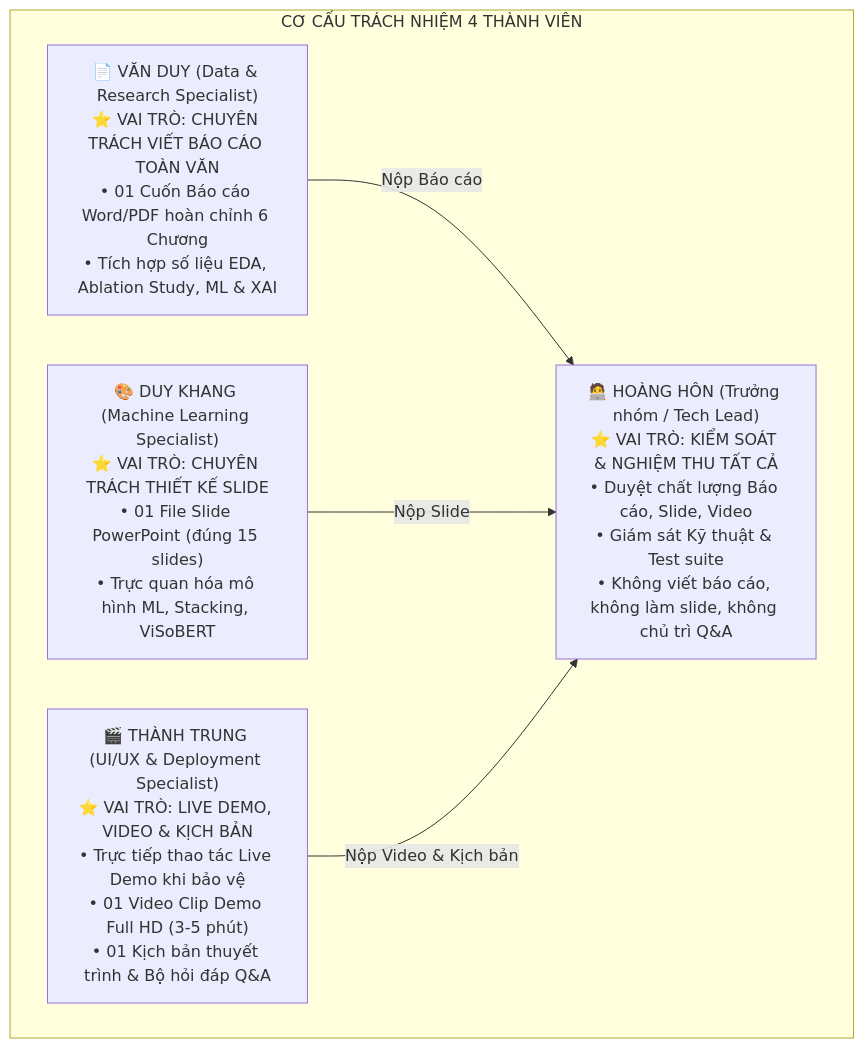
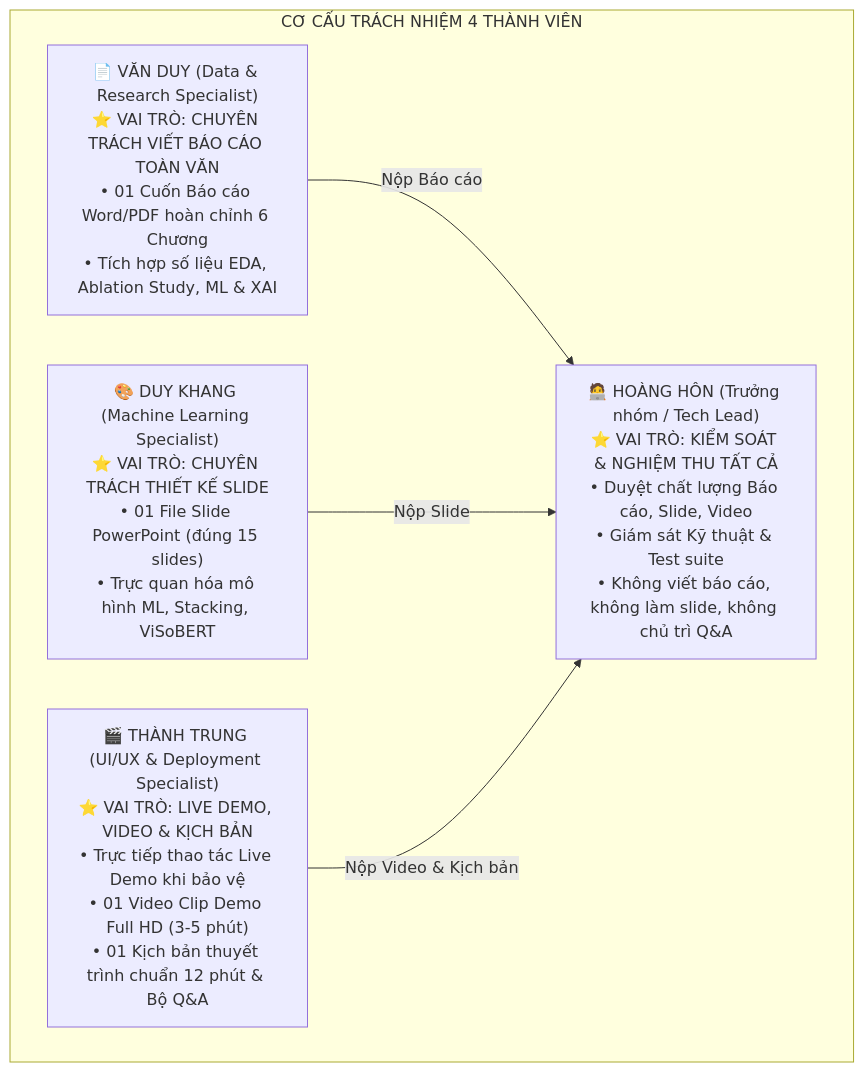
The diagram in reports/ke_hoach_hoan_thien_do_an.md (mrkiss-it/NLP-Sentiment-Analysis-ITviec), drawn with Mermaid before and after one commit. The commit also changed other lines of this file, not shown here.

````diff
--- a/reports/ke_hoach_hoan_thien_do_an.md
+++ b/reports/ke_hoach_hoan_thien_do_an.md
@@ -12,16 +12,16 @@
 ```mermaid
 flowchart TD
     subgraph TEAM ["CƠ CẤU TRÁCH NHIỆM 4 THÀNH VIÊN"]
         TV1["🧑‍💻 HOÀNG HÔN (Trưởng nhóm / Tech Lead)<br>⭐ VAI TRÒ: KIỂM SOÁT & NGHIỆM THU TẤT CẢ<br>• Duyệt chất lượng Báo cáo, Slide, Video<br>• Giám sát Kỹ thuật & Test suite<br>• Không viết báo cáo, không làm slide, không chủ trì Q&A"]
         
         TV2["📄 VĂN DUY (Data & Research Specialist)<br>⭐ VAI TRÒ: CHUYÊN TRÁCH VIẾT BÁO CÁO TOÀN VĂN<br>• 01 Cuốn Báo cáo Word/PDF hoàn chỉnh 6 Chương<br>• Tích hợp số liệu EDA, Ablation Study, ML & XAI"]
         
         TV3["🎨 DUY KHANG (Machine Learning Specialist)<br>⭐ VAI TRÒ: CHUYÊN TRÁCH THIẾT KẾ SLIDE<br>• 01 File Slide PowerPoint (đúng 15 slides)<br>• Trực quan hóa mô hình ML, Stacking, ViSoBERT"]
         
-        TV4["🎬 THÀNH TRUNG (UI/UX & Deployment Specialist)<br>⭐ VAI TRÒ: LIVE DEMO, VIDEO & KỊCH BẢN<br>• Trực tiếp thao tác Live Demo khi bảo vệ<br>• 01 Video Clip Demo Full HD (3-5 phút)<br>• 01 Kịch bản thuyết trình & Bộ hỏi đáp Q&A"]
+        TV4["🎬 THÀNH TRUNG (UI/UX & Deployment Specialist)<br>⭐ VAI TRÒ: LIVE DEMO, VIDEO & KỊCH BẢN<br>• Trực tiếp thao tác Live Demo khi bảo vệ<br>• 01 Video Clip Demo Full HD (3-5 phút)<br>• 01 Kịch bản thuyết trình chuẩn 12 phút & Bộ Q&A"]
     end
     
     TV2 -->|Nộp Báo cáo| TV1
     TV3 -->|Nộp Slide| TV1
     TV4 -->|Nộp Video & Kịch bản| TV1
 ```
````
